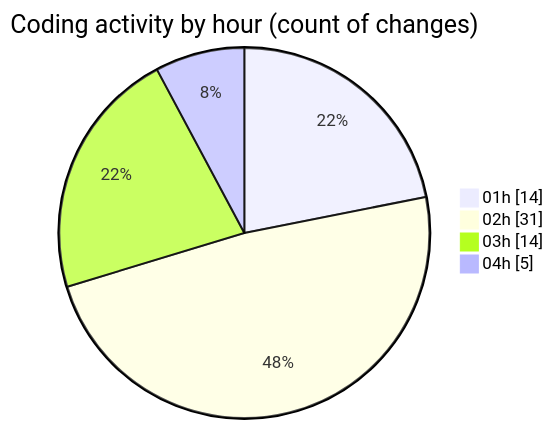
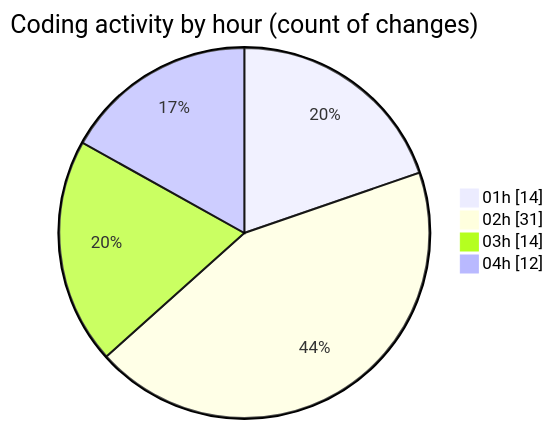
Before and after one commit to jrari/code-tracking: the second of 2 diagrams in 2025-07-13/telebot/README.md, drawn with Mermaid. The commit also changed other lines of this file and 1 other file, not shown here.

````diff
--- a/2025-07-13/telebot/README.md
+++ b/2025-07-13/telebot/README.md
@@ -55,8 +59,8 @@
 ```mermaid
 pie showData
 title Coding activity by hour (count of changes)
 "01h" : 14
 "02h" : 31
 "03h" : 14
-"04h" : 5
+"04h" : 12
 ```
````
